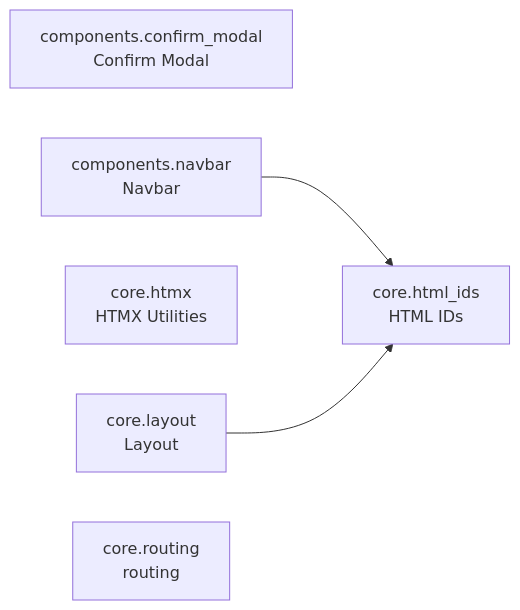
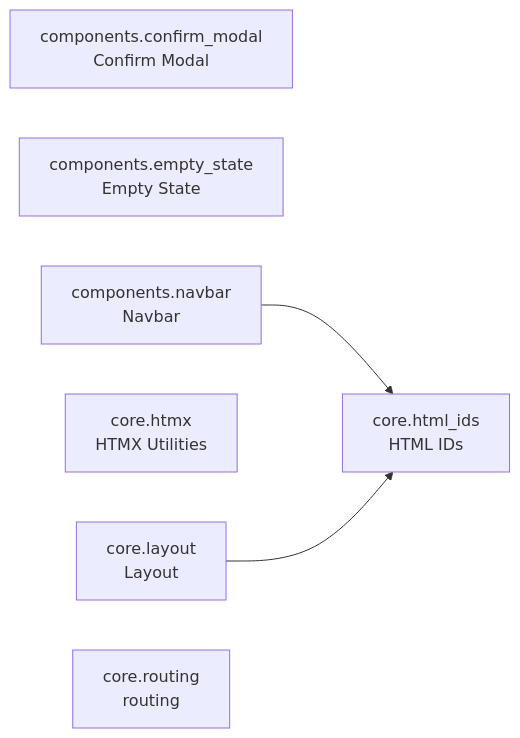
Before and after one commit to cj-mills/cjm-fasthtml-app-core: the diagram in README.md, drawn with Mermaid. The commit also changed other lines of this file and 6 other files, not shown here.

````diff
--- a/README.md
+++ b/README.md
@@ -28,12 +29,13 @@
 ``` mermaid
 graph LR
     components_confirm_modal[components.confirm_modal<br/>Confirm Modal]
+    components_empty_state[components.empty_state<br/>Empty State]
     components_navbar[components.navbar<br/>Navbar]
     core_html_ids[core.html_ids<br/>HTML IDs]
     core_htmx[core.htmx<br/>HTMX Utilities]
     core_layout[core.layout<br/>Layout]
     core_routing[core.routing<br/>routing]
 
     components_navbar --> core_html_ids
     core_layout --> core_html_ids
 ```
````
